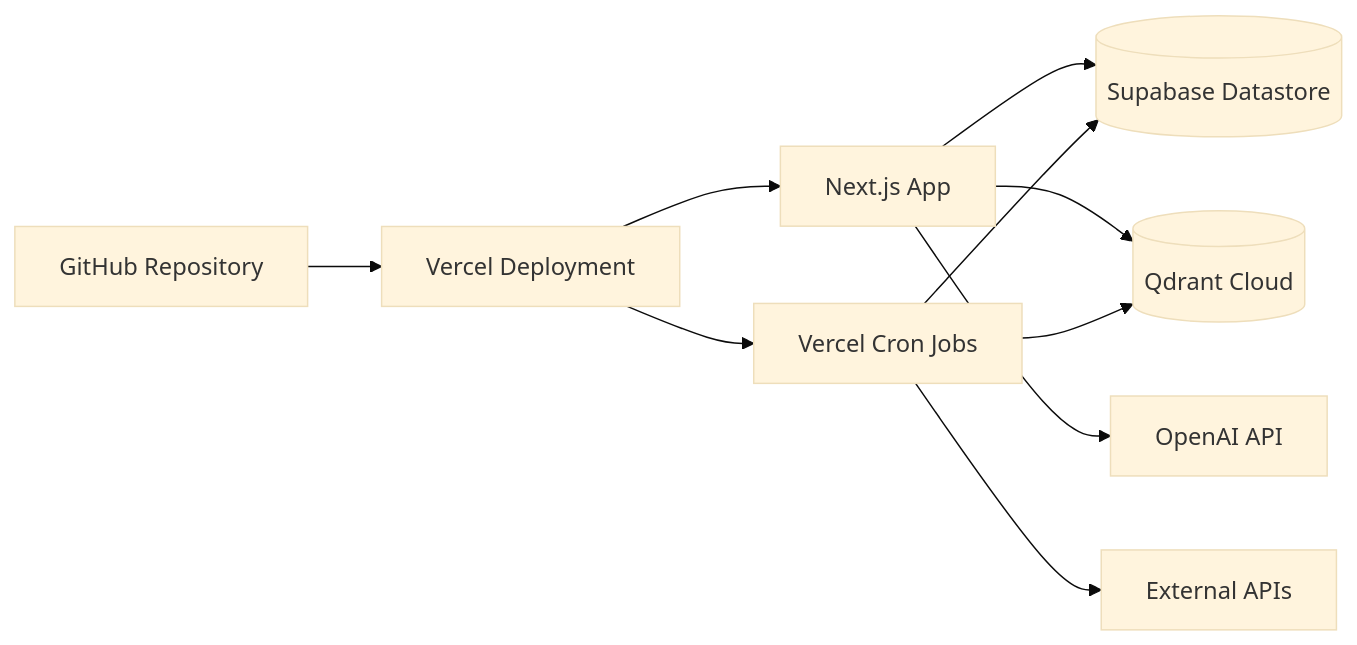
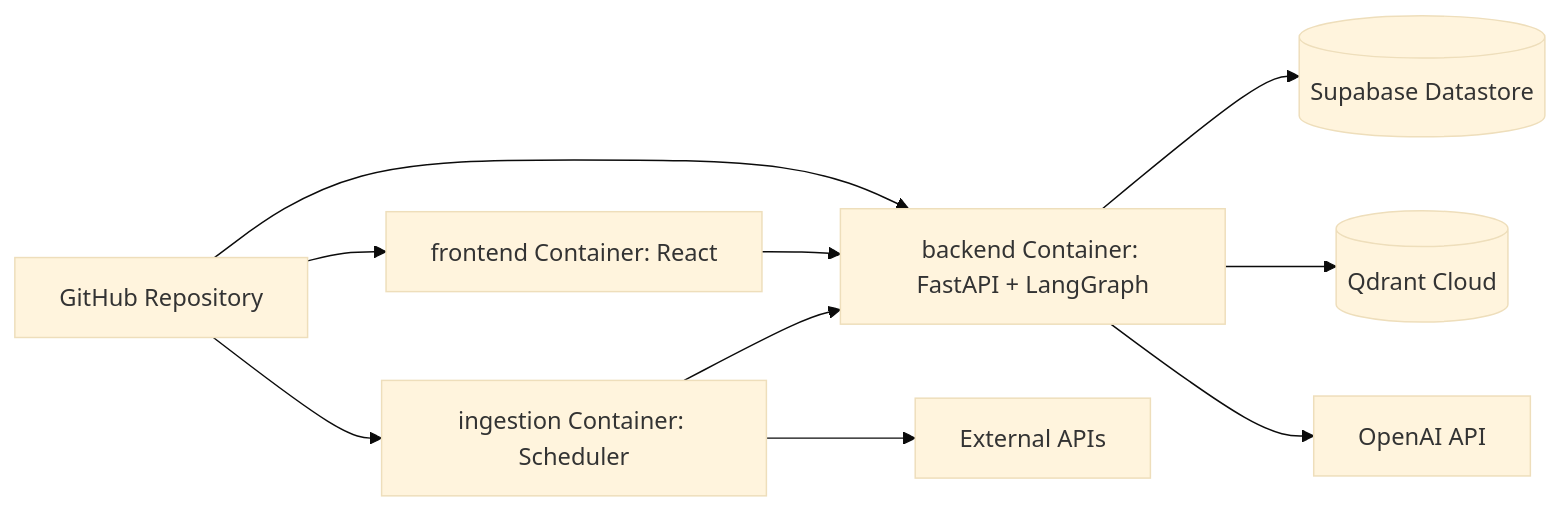
The eighth of 9 diagrams in docs/architecture.md (shima-maleki/SupplyChainOracle), drawn with Mermaid (base theme) before and after one commit. The commit also changed other lines of this file and 2 other files, not shown here.

Commit message:
adding updated PRD and architecture

````diff
--- a/docs/architecture.md
+++ b/docs/architecture.md
@@ -430,21 +445,21 @@
 ```mermaid
 flowchart LR
     GitHub[GitHub Repository]
-    Vercel[Vercel Deployment]
-    App[Next.js App]
-    Cron[Vercel Cron Jobs]
+    FrontendContainer[frontend Container: React]
+    BackendContainer[backend Container: FastAPI + LangGraph]
+    IngestionContainer[ingestion Container: Scheduler]
     Supabase[(Supabase Datastore)]
     Qdrant[(Qdrant Cloud)]
     OpenAI[OpenAI API]
     APIs[External APIs]
 
-    GitHub --> Vercel
-    Vercel --> App
-    Vercel --> Cron
-    App --> Supabase
-    App --> Qdrant
-    App --> OpenAI
-    Cron --> APIs
-    Cron --> Supabase
-    Cron --> Qdrant
+    GitHub --> FrontendContainer
+    GitHub --> BackendContainer
+    GitHub --> IngestionContainer
+    FrontendContainer --> BackendContainer
+    BackendContainer --> Supabase
+    BackendContainer --> Qdrant
+    BackendContainer --> OpenAI
+    IngestionContainer --> APIs
+    IngestionContainer --> BackendContainer
 ```
````
